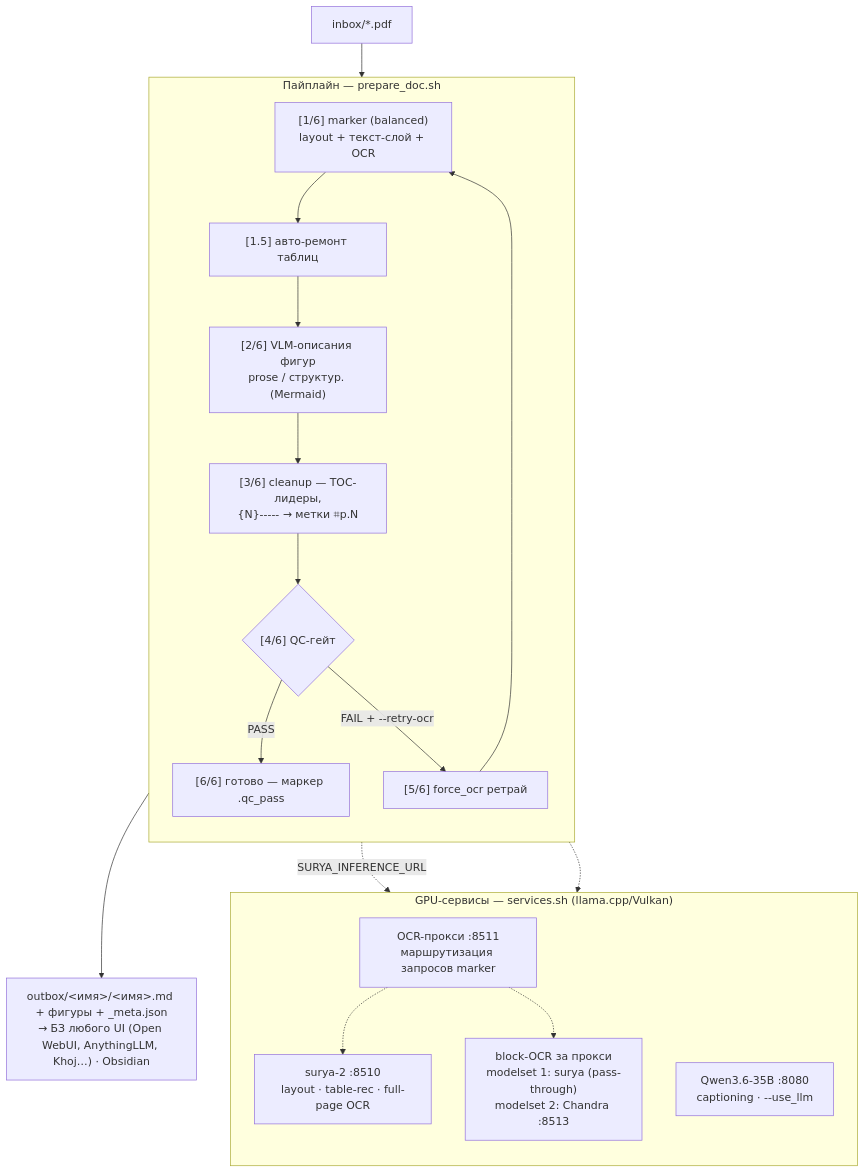
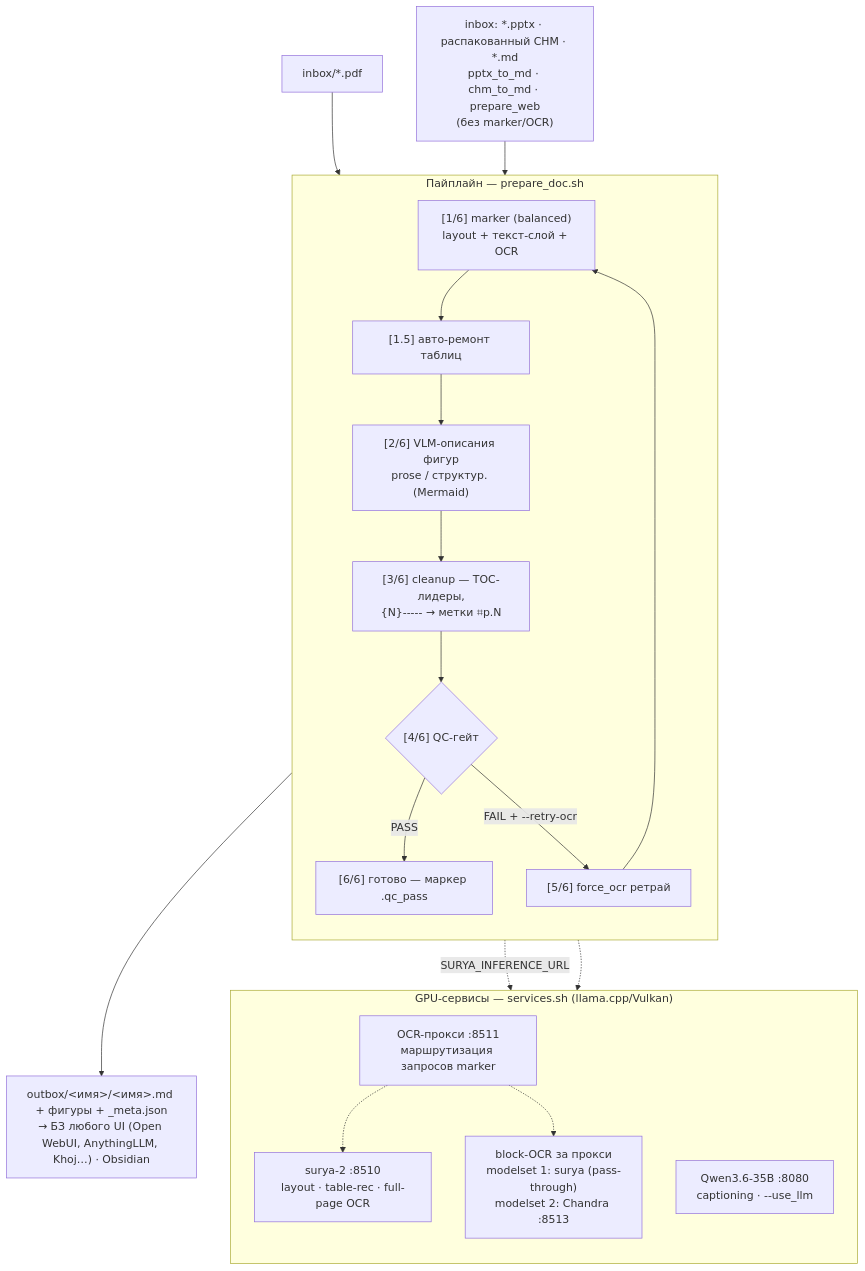
The diagram in README.md (alexanderlazutkin/docpreparation), drawn with Mermaid before and after one commit. The commit also changed other lines of this file and 11 other files, not shown here.

````diff
--- a/README.md
+++ b/README.md
@@ -53,29 +56,30 @@
 ```mermaid
 flowchart TD
     PDF["inbox/*.pdf"] --> S1
+    SIDE["inbox: *.pptx · распакованный CHM · *.md<br/>pptx_to_md · chm_to_md · prepare_web<br/>(без marker/OCR)"] --> S2
 
     subgraph pipeline["Пайплайн — prepare_doc.sh"]
         direction TB
         S1["[1/6] marker (balanced)<br/>layout + текст-слой + OCR"] --> S15
         S15["[1.5] авто-ремонт таблиц"] --> S2
         S2["[2/6] VLM-описания фигур<br/>prose / структур. (Mermaid)"] --> S3
         S3["[3/6] cleanup — TOC-лидеры,<br/>{N}----- → метки ⌗p.N"] --> S4
         S4{"[4/6] QC-гейт"} -->|PASS| S6["[6/6] готово — маркер .qc_pass"]
         S4 -->|FAIL + --retry-ocr| S5["[5/6] force_ocr ретрай"] --> S1
     end
 
     subgraph services["GPU-сервисы — services.sh (llama.cpp/Vulkan)"]
         direction TB
         SURYA["surya-2 :8510<br/>layout · table-rec · full-page OCR"]
         PROXY["OCR-прокси :8511<br/>маршрутизация запросов marker"]
         BLOCK["block-OCR за прокси<br/>modelset 1: surya (pass-through)<br/>modelset 2: Chandra :8513"]
         LLM["Qwen3.6-35B :8080<br/>captioning · --use_llm"]
     end
 
     S1 -. "SURYA_INFERENCE_URL" .-> PROXY
     PROXY -.-> SURYA
     PROXY -.-> BLOCK
     S2 -.-> LLM
 
     S6 --> OUT["outbox/&lt;имя&gt;/&lt;имя&gt;.md + фигуры + _meta.json<br/>→ БЗ любого UI (Open WebUI, AnythingLLM, Khoj…) · Obsidian"]
 ```
````
